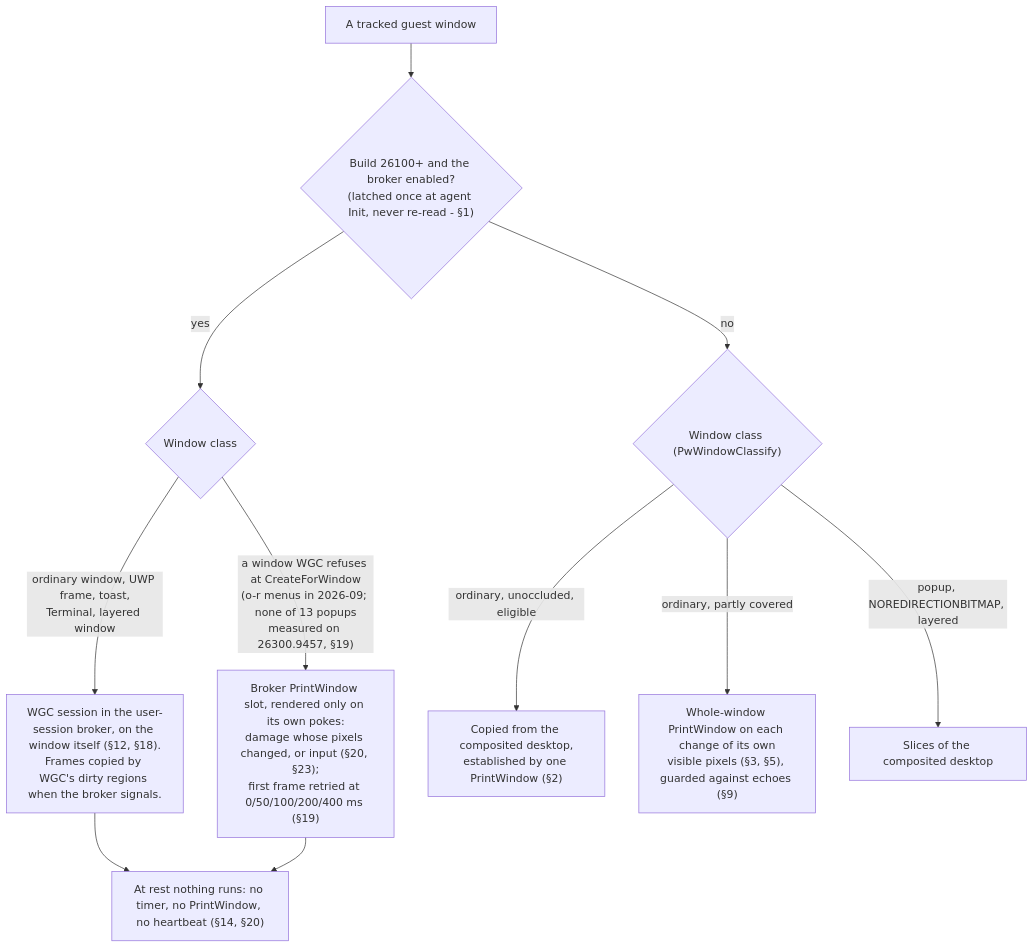
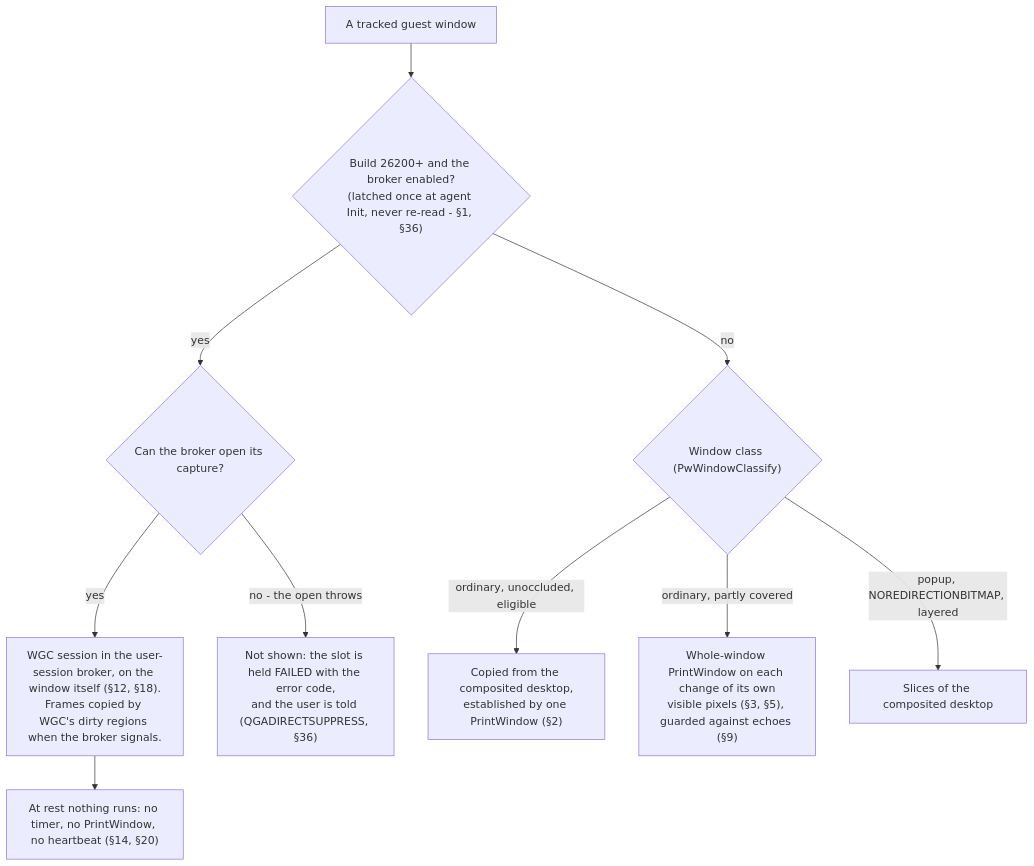
One commit to arkenoi/qubes-win-idd-driver changed the first of 2 diagrams in docs/ADR-capture.md. Above: the diagram before and after it, drawn with Mermaid. The commit also changed other lines of this file and 7 other files, not shown here.

First line of the commit message:
Broker floor 25H2; PrintWindow route, relay and poke retired; a refused open fails loudly (ADR-capture 36)

````diff
--- a/docs/ADR-capture.md
+++ b/docs/ADR-capture.md
@@ -35,13 +34,12 @@
 ```mermaid
 flowchart TD
-    A["A tracked guest window"] --> B{"Build 26100+ and the broker enabled?<br/>(latched once at agent Init, never re-read - §1)"}
-    B -->|yes| C{"Window class"}
-    C -->|"ordinary window, UWP frame, toast,<br/>Terminal, layered window"| D["WGC session in the user-session broker, on the window itself (§12, §18).<br/>Frames copied by WGC's dirty regions when the broker signals."]
-    C -->|"a window WGC refuses at CreateForWindow<br/>(o-r menus in 2026-09; none of 13 popups<br/>measured on 26300.9457, §19)"| E["Broker PrintWindow slot, rendered only on its own pokes:<br/>damage whose pixels changed, or input (§20, §23);<br/>first frame retried at 0/50/100/200/400 ms (§19)"]
+    A["A tracked guest window"] --> B{"Build 26200+ and the broker enabled?<br/>(latched once at agent Init, never re-read - §1, §36)"}
+    B -->|yes| C{"Can the broker open its capture?"}
+    C -->|yes| D["WGC session in the user-session broker, on the window itself (§12, §18).<br/>Frames copied by WGC's dirty regions when the broker signals."]
+    C -->|"no - the open throws"| E["Not shown: the slot is held FAILED with the error code,<br/>and the user is told (QGADIRECTSUPPRESS, §36)"]
     B -->|no| F{"Window class (PwWindowClassify)"}
     F -->|"ordinary, unoccluded, eligible"| G["Copied from the composited desktop,<br/>established by one PrintWindow (§2)"]
     F -->|"ordinary, partly covered"| H["Whole-window PrintWindow on each change of its own<br/>visible pixels (§3, §5), guarded against echoes (§9)"]
     F -->|"popup, NOREDIRECTIONBITMAP, layered"| I["Slices of the composited desktop"]
     D --> J["At rest nothing runs: no timer, no PrintWindow, no heartbeat (§14, §20)"]
-    E --> J
 ```
````
